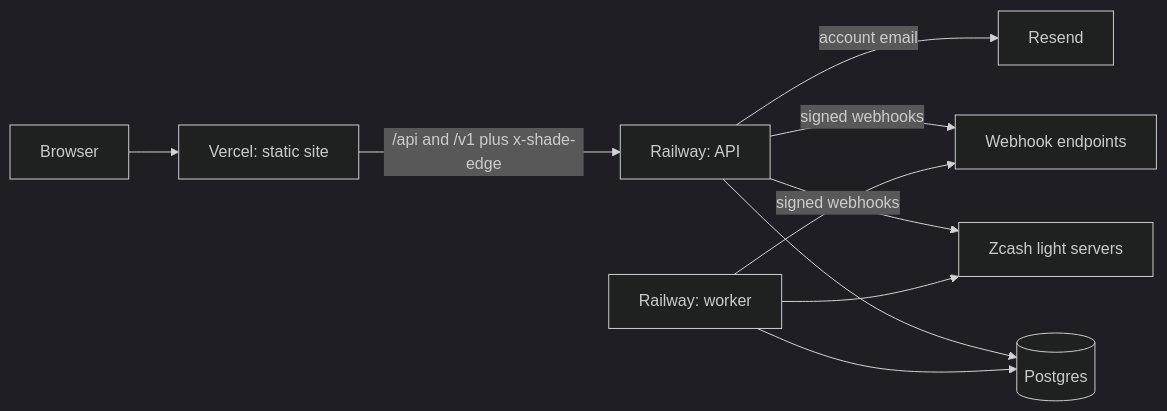
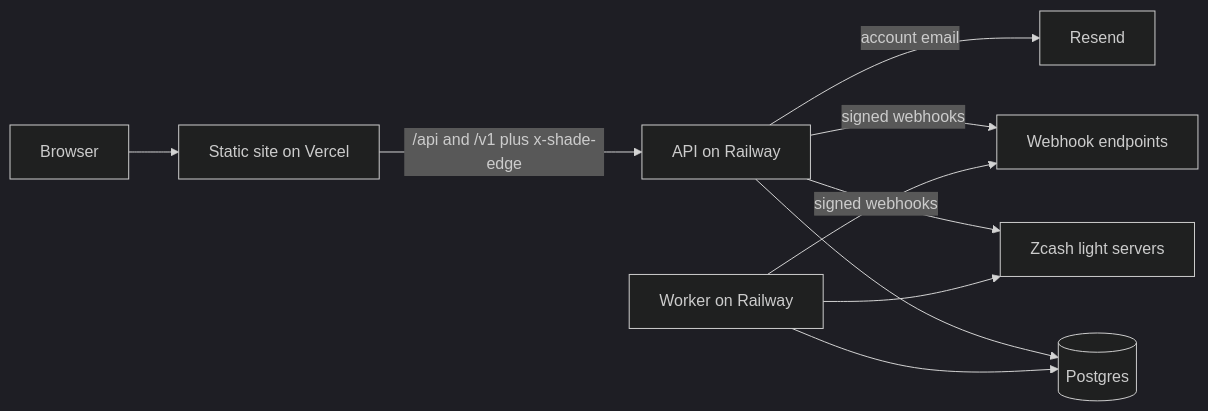
Before and after one commit to billi-x4/Shade: the seventh of 7 diagrams in README.md, drawn with Mermaid (dark theme). The commit also changed other lines of this file and 3 other files, not shown here.

````diff
--- a/README.md
+++ b/README.md
@@ -211,12 +267,12 @@
 ```mermaid
 flowchart LR
-  Browser --> Vercel["Vercel: static site"]
-  Vercel -->|"/api and /v1 plus x-shade-edge"| API["Railway: API"]
+  Browser --> Vercel["Static site on Vercel"]
+  Vercel -->|"/api and /v1 plus x-shade-edge"| API["API on Railway"]
   API --> DB[("Postgres")]
-  Worker["Railway: worker"] --> DB
+  Worker["Worker on Railway"] --> DB
   API --> LWD["Zcash light servers"]
   Worker --> LWD
   API -->|"account email"| Resend
   API -->|"signed webhooks"| Hooks["Webhook endpoints"]
   Worker -->|"signed webhooks"| Hooks
 ```
````
